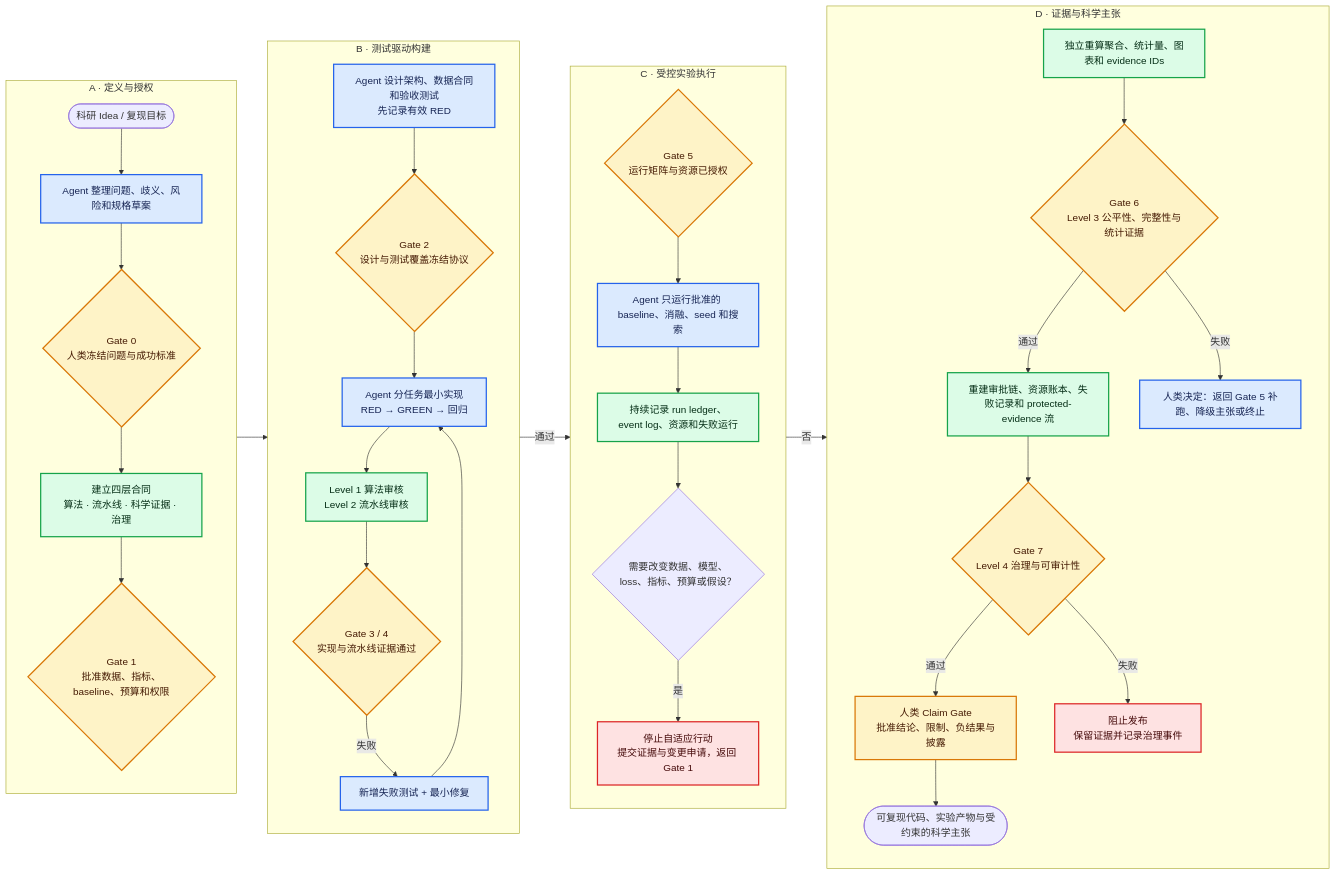
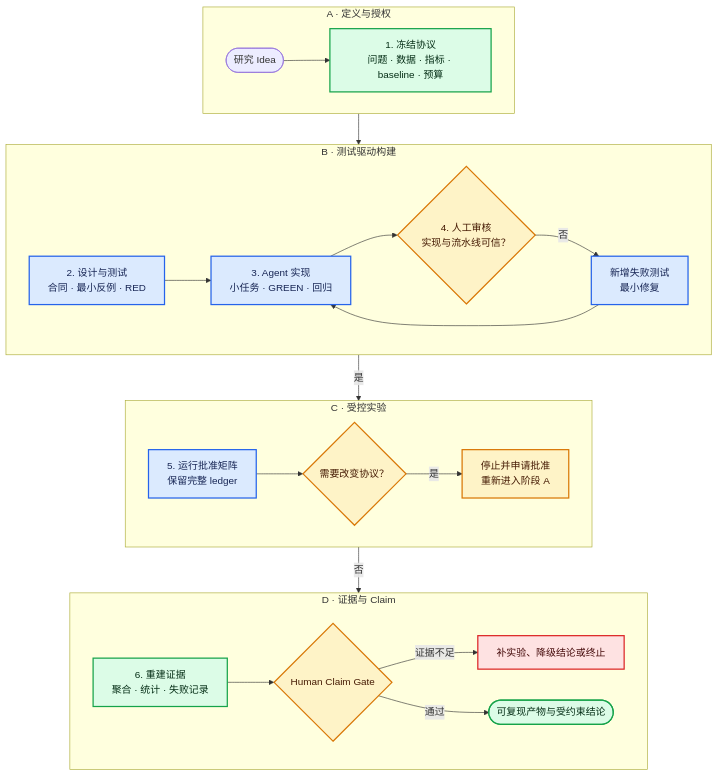
Before and after one commit to heisenberg0020/heisenberg0020.github.io: the diagram in essays/human-agent-research-engineering-workflow.zh-CN.md, drawn with Mermaid. The commit also changed other lines of this file and 6 other files, not shown here.

Commit message:
Shorten human-agent research workflow essay (#3)

````diff
--- a/essays/human-agent-research-engineering-workflow.zh-CN.md
+++ b/essays/human-agent-research-engineering-workflow.zh-CN.md
@@ -112,52 +46,41 @@
 ```mermaid
-flowchart LR
-    subgraph S1["A · 定义与授权"]
-        direction TB
-        IDEA(["科研 Idea / 复现目标"]) --> SPEC["Agent 整理问题、歧义、风险和规格草案"]
-        SPEC --> G0{"Gate 0<br/>人类冻结问题与成功标准"}
-        G0 --> CONTRACT["建立四层合同<br/>算法 · 流水线 · 科学证据 · 治理"]
-        CONTRACT --> G1{"Gate 1<br/>批准数据、指标、baseline、预算和权限"}
+flowchart TB
+    subgraph A["A · 定义与授权"]
+        direction LR
+        IDEA(["研究 Idea"]) --> FREEZE["1. 冻结协议<br/>问题 · 数据 · 指标 · baseline · 预算"]
     end
 
-    subgraph S2["B · 测试驱动构建"]
-        direction TB
-        DESIGN["Agent 设计架构、数据合同和验收测试<br/>先记录有效 RED"] --> G2{"Gate 2<br/>设计与测试覆盖冻结协议"}
-        G2 --> CODE["Agent 分任务最小实现<br/>RED → GREEN → 回归"]
-        CODE --> L12["Level 1 算法审核<br/>Level 2 流水线审核"]
-        L12 --> G34{"Gate 3 / 4<br/>实现与流水线证据通过"}
-        G34 -- "失败" --> REPAIR["新增失败测试 + 最小修复"] --> CODE
+    subgraph B["B · 测试驱动构建"]
+        direction LR
+        DESIGN["2. 设计与测试<br/>合同 · 最小反例 · RED"] --> BUILD["3. Agent 实现<br/>小任务 · GREEN · 回归"]
+        BUILD --> REVIEW{"4. 人工审核<br/>实现与流水线可信？"}
+        REVIEW -- "否" --> REPAIR["新增失败测试<br/>最小修复"] --> BUILD
     end
 
-    subgraph S3["C · 受控实验执行"]
-        direction TB
-        G5{"Gate 5<br/>运行矩阵与资源已授权"} --> RUN["Agent 只运行批准的 baseline、消融、seed 和搜索"]
-        RUN --> LEDGER["持续记录 run ledger、event log、资源和失败运行"]
-        LEDGER --> CHANGE{"需要改变数据、模型、loss、指标、预算或假设？"}
-        CHANGE -- "是" --> STOP["停止自适应行动<br/>提交证据与变更申请，返回 Gate 1"]
+    subgraph C["C · 受控实验"]
+        direction LR
+        RUN["5. 运行批准矩阵<br/>保留完整 ledger"] --> CHANGE{"需要改变协议？"}
+        CHANGE -- "是" --> APPROVE["停止并申请批准<br/>重新进入阶段 A"]
     end
 
-    subgraph S4["D · 证据与科学主张"]
-        direction TB
-        EVID["独立重算聚合、统计量、图表和 evidence IDs"] --> G6{"Gate 6<br/>Level 3 公平性、完整性与统计证据"}
-        G6 -- "通过" --> GOV["重建审批链、资源账本、失败记录和 protected-evidence 流"]
-        GOV --> G7{"Gate 7<br/>Level 4 治理与可审计性"}
-        G7 -- "通过" --> CLAIM["人类 Claim Gate<br/>批准结论、限制、负结果与披露"]
-        CLAIM --> RELEASE(["可复现代码、实验产物与受约束的科学主张"])
-        G6 -- "失败" --> RERUN["人类决定：返回 Gate 5 补跑、降级主张或终止"]
-        G7 -- "失败" --> BLOCK["阻止发布<br/>保留证据并记录治理事件"]
+    subgraph D["D · 证据与 Claim"]
+        direction LR
+        EVIDENCE["6. 重建证据<br/>聚合 · 统计 · 失败记录"] --> CLAIM{"Human Claim Gate"}
+        CLAIM -- "证据不足" --> DOWNGRADE["补实验、降级结论或终止"]
+        CLAIM -- "通过" --> RELEASE(["可复现产物与受约束结论"])
     end
 
-    G1 --> DESIGN
-    G34 -- "通过" --> G5
-    CHANGE -- "否" --> EVID
+    FREEZE --> DESIGN
+    REVIEW -- "是" --> RUN
+    CHANGE -- "否" --> EVIDENCE
 
     classDef human fill:#fef3c7,stroke:#d97706,color:#451a03,stroke-width:2px;
     classDef agent fill:#dbeafe,stroke:#2563eb,color:#172554,stroke-width:2px;
     classDef evidence fill:#dcfce7,stroke:#16a34a,color:#052e16,stroke-width:2px;
     classDef stop fill:#fee2e2,stroke:#dc2626,color:#450a0a,stroke-width:2px;
 
-    class G0,G1,G2,G34,G5,G6,G7,CLAIM human;
-    class SPEC,DESIGN,CODE,REPAIR,RUN,RERUN agent;
-    class CONTRACT,L12,LEDGER,EVID,GOV evidence;
-    class STOP,BLOCK stop;
+    class REVIEW,CHANGE,CLAIM,APPROVE human;
+    class DESIGN,BUILD,REPAIR,RUN agent;
+    class FREEZE,EVIDENCE,RELEASE evidence;
+    class DOWNGRADE stop;
 ```
````
